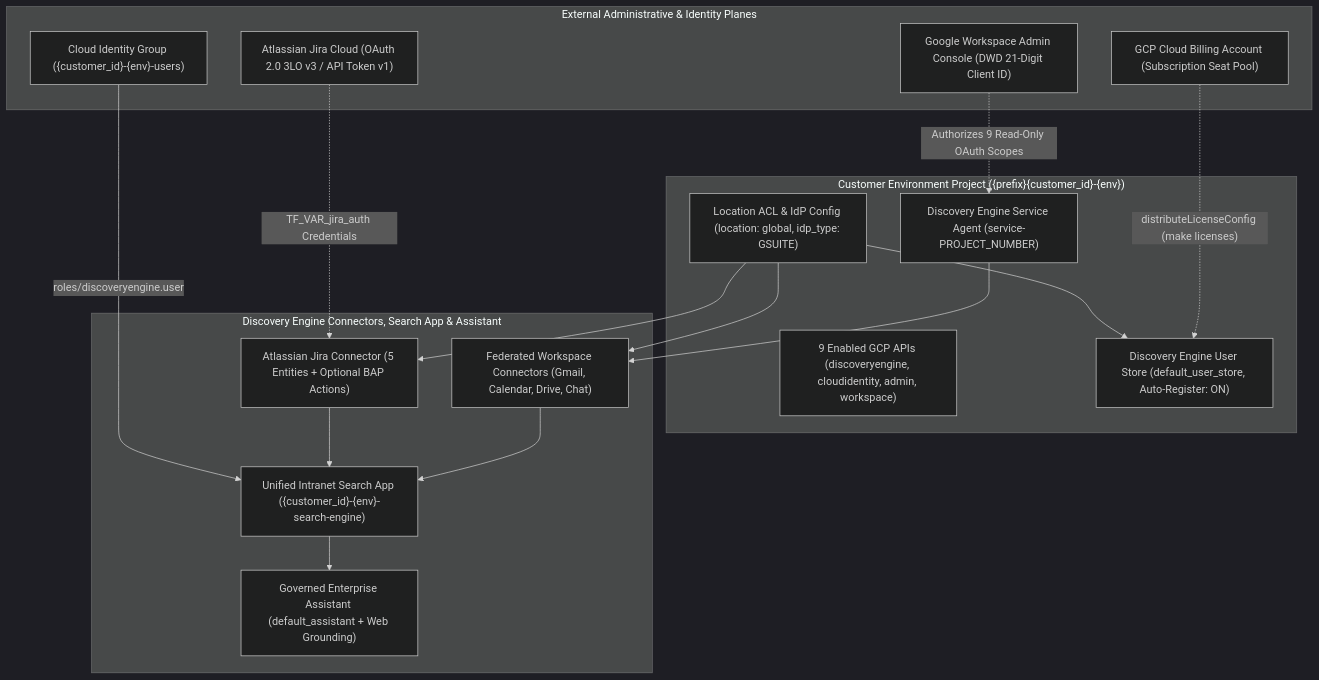
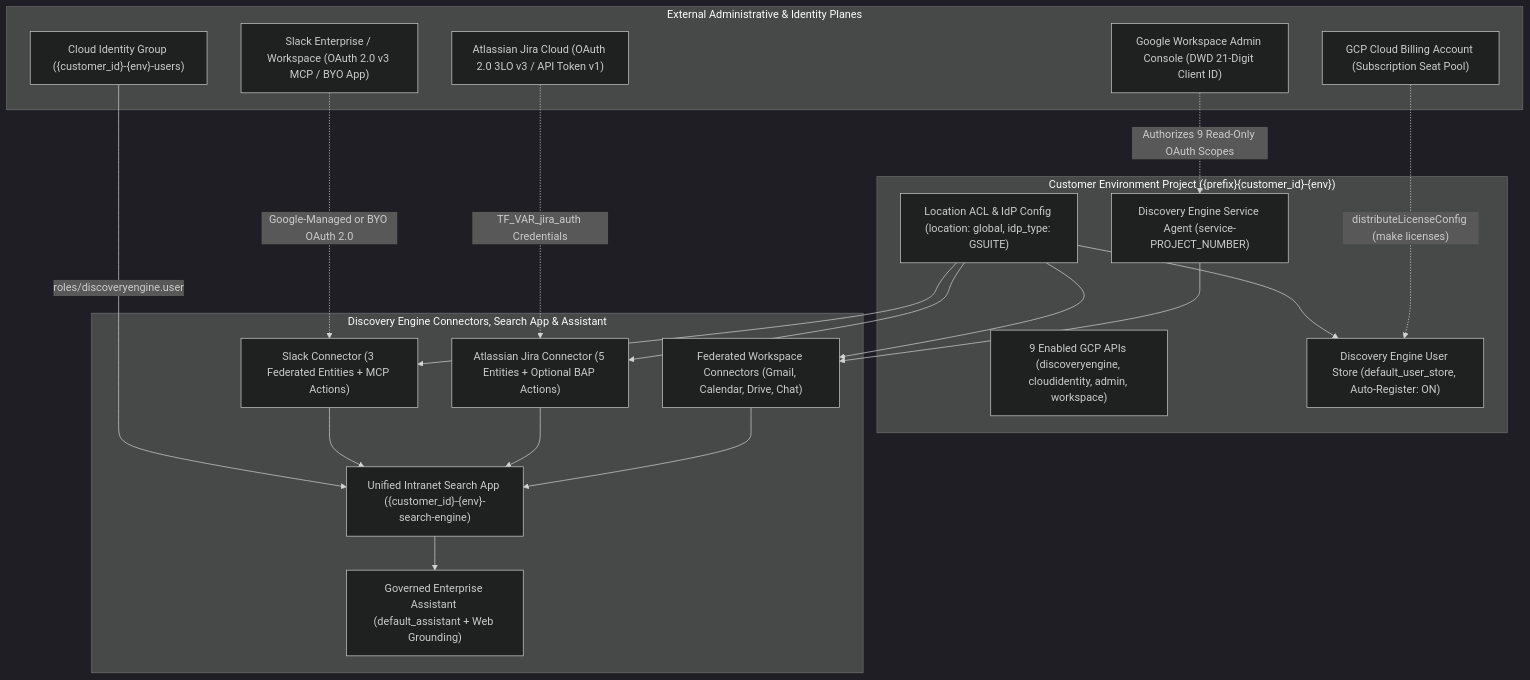
Before and after one commit to pedroccorreia/gemini-prism: the first of 3 diagrams in PRACTITIONERS_GUIDE.md, drawn with Mermaid (dark theme). The commit also changed other lines of this file and 11 other files, not shown here.

Commit message:
feat(connector): polish Slack v3 federated MCP connector, tests, and docs

````diff
--- a/PRACTITIONERS_GUIDE.md
+++ b/PRACTITIONERS_GUIDE.md
@@ -17,35 +17,40 @@
 ```mermaid
 flowchart TD
   subgraph AdminPlanes["External Administrative & Identity Planes"]
     WSGroup["Cloud Identity Group ({customer_id}-{env}-users)"]
     WSAdmin["Google Workspace Admin Console (DWD 21-Digit Client ID)"]
     JiraCloud["Atlassian Jira Cloud (OAuth 2.0 3LO v3 / API Token v1)"]
+    SlackTenant["Slack Enterprise / Workspace (OAuth 2.0 v3 MCP / BYO App)"]
     BillingPool["GCP Cloud Billing Account (Subscription Seat Pool)"]
   end
 
   subgraph GCPProject["Customer Environment Project ({prefix}{customer_id}-{env})"]
     APIs["9 Enabled GCP APIs (discoveryengine, cloudidentity, admin, workspace)"]
     SAgent["Discovery Engine Service Agent (service-PROJECT_NUMBER)"]
     ACL["Location ACL & IdP Config (location: global, idp_type: GSUITE)"]
     UStore["Discovery Engine User Store (default_user_store, Auto-Register: ON)"]
   end
 
   subgraph DataAndApps["Discovery Engine Connectors, Search App & Assistant"]
     WSConns["Federated Workspace Connectors (Gmail, Calendar, Drive, Chat)"]
     JiraConn["Atlassian Jira Connector (5 Entities + Optional BAP Actions)"]
+    SlackConn["Slack Connector (3 Federated Entities + MCP Actions)"]
     Engine["Unified Intranet Search App ({customer_id}-{env}-search-engine)"]
     Assistant["Governed Enterprise Assistant (default_assistant + Web Grounding)"]
   end
 
   WSAdmin -.->|"Authorizes 9 Read-Only OAuth Scopes"| SAgent
   JiraCloud -.->|"TF_VAR_jira_auth Credentials"| JiraConn
+  SlackTenant -.->|"Google-Managed or BYO OAuth 2.0"| SlackConn
   BillingPool -.->|"distributeLicenseConfig (make licenses)"| UStore
   SAgent --> WSConns
   ACL --> UStore
   ACL --> WSConns
   ACL --> JiraConn
+  ACL --> SlackConn
   WSConns --> Engine
   JiraConn --> Engine
+  SlackConn --> Engine
   Engine --> Assistant
   WSGroup -->|"roles/discoveryengine.user"| Engine
 ```
````
